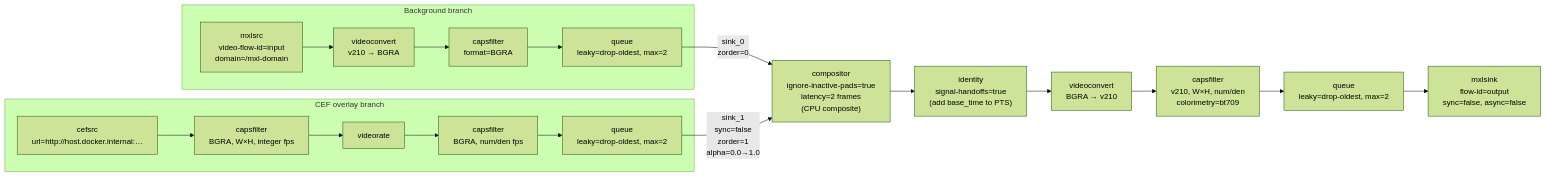
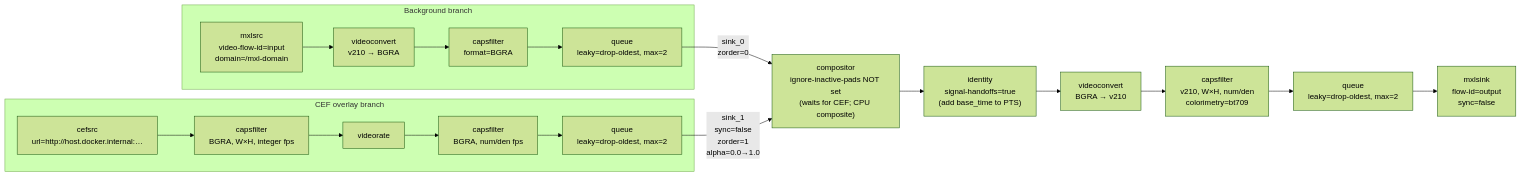
Before and after one commit to cbcrc/mxl-hands-on: the sixth of 6 diagrams in gst-apps/gstreamer-pipeline.md, drawn with Mermaid (forest theme). The commit also changed other lines of this file and 2 other files, not shown here.

````diff
--- a/gst-apps/gstreamer-pipeline.md
+++ b/gst-apps/gstreamer-pipeline.md
@@ -730,31 +711,31 @@
 ```mermaid
 flowchart LR
     subgraph bg_branch["Background branch"]
         bg["mxlsrc\nvideo-flow-id=input\ndomain=/mxl-domain"]
         bg_conv["videoconvert\nv210 → BGRA"]
         bg_caps["capsfilter\nformat=BGRA"]
         bg_q["queue\nleaky=drop-oldest, max=2"]
         bg --> bg_conv --> bg_caps --> bg_q
     end
 
     subgraph cef_branch["CEF overlay branch"]
         cef["cefsrc\nurl=http://host.docker.internal:…"]
         cef_caps1["capsfilter\nBGRA, W×H, integer fps"]
         cef_rate["videorate"]
         cef_caps2["capsfilter\nBGRA, num/den fps"]
         cef_q["queue\nleaky=drop-oldest, max=2"]
         cef --> cef_caps1 --> cef_rate --> cef_caps2 --> cef_q
     end
 
-    mixer["compositor\nignore-inactive-pads=true\nlatency=2 frames\n(CPU composite)"]
+    mixer["compositor\nignore-inactive-pads NOT set\n(waits for CEF; CPU composite)"]
     pts_fix["identity\nsignal-handoffs=true\n(add base_time to PTS)"]
     out_conv["videoconvert\nBGRA → v210"]
     out_caps["capsfilter\nv210, W×H, num/den\ncolorimetry=bt709"]
     out_q["queue\nleaky=drop-oldest, max=2"]
-    out_sink["mxlsink\nflow-id=output\nsync=false, async=false"]
+    out_sink["mxlsink\nflow-id=output\nsync=false"]
 
     bg_q   -->|"sink_0\nzorder=0"| mixer
     cef_q  -->|"sink_1\nsync=false\nzorder=1\nalpha=0.0→1.0"| mixer
 
     mixer --> pts_fix --> out_conv --> out_caps --> out_q --> out_sink
 ```
````
